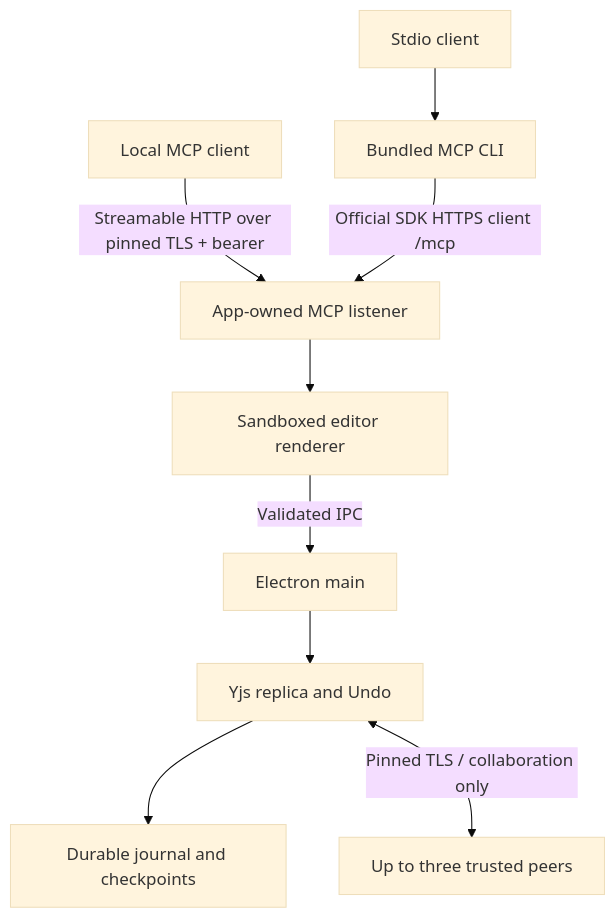
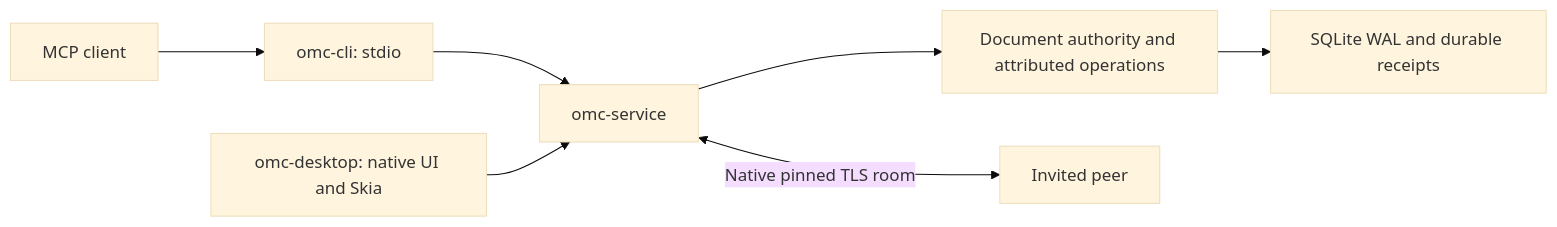
One commit to Dindb-dong/oh-my-canvas changed the diagram in docs/ARCHITECTURE.md. Above: the diagram before and after it, drawn with Mermaid (base theme). The commit also changed other lines of this file and 418 other files, not shown here.

````diff
--- a/docs/ARCHITECTURE.md
+++ b/docs/ARCHITECTURE.md
@@ -9,11 +5,9 @@
 ```mermaid
-flowchart TB
-  Agent[Local MCP client] -->|Streamable HTTP over pinned TLS + bearer| Bridge[App-owned MCP listener]
-  Legacy[Stdio client] --> CLI[Bundled MCP CLI]
-  CLI -->|Official SDK HTTPS client /mcp| Bridge
-  Bridge --> Renderer[Sandboxed editor renderer]
-  Renderer -->|Validated IPC| Main[Electron main]
-  Main --> Replica[Yjs replica and Undo]
-  Replica --> Store[Durable journal and checkpoints]
-  Replica <-->|Pinned TLS / collaboration only| Peer[Up to three trusted peers]
+flowchart LR
+  Agent[MCP client] --> CLI[omc-cli: stdio]
+  CLI --> Service[omc-service]
+  Desktop[omc-desktop: native UI and Skia] --> Service
+  Service --> Engine[Document authority and attributed operations]
+  Engine --> Storage[SQLite WAL and durable receipts]
+  Service <-->|Native pinned TLS room| Peer[Invited peer]
 ```
````
